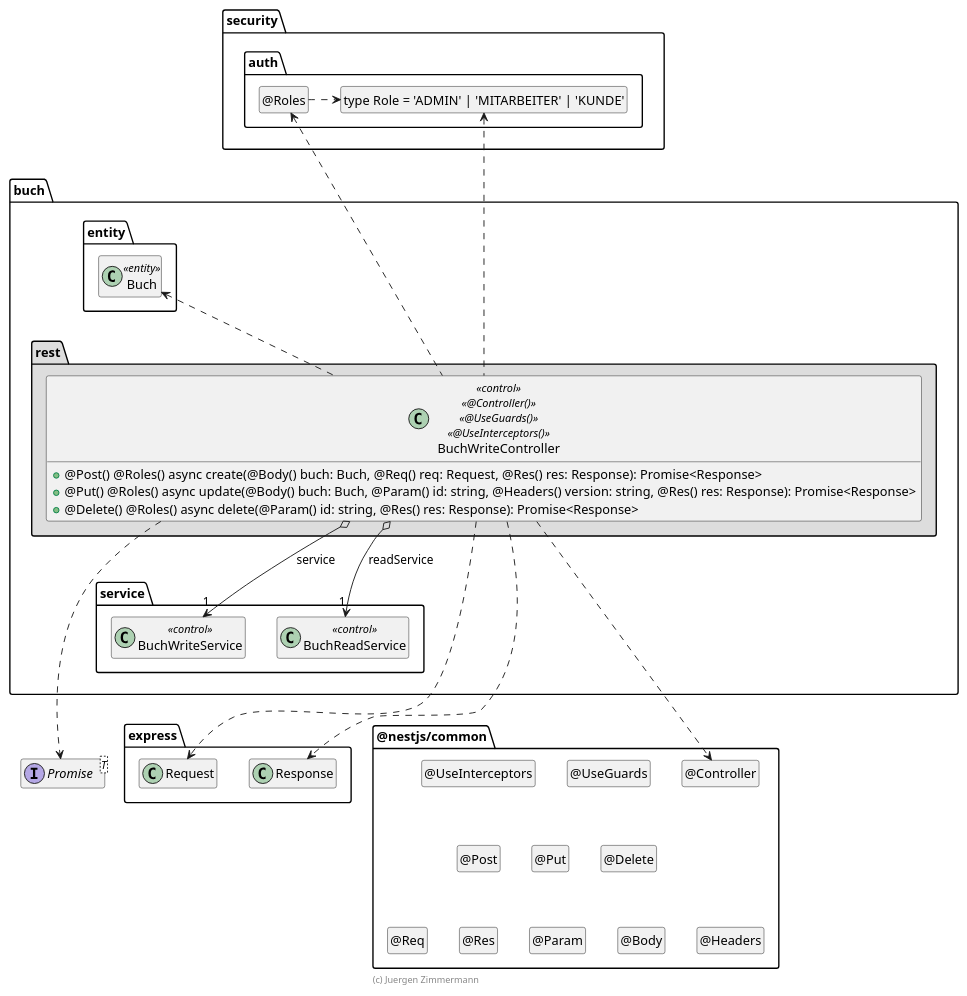
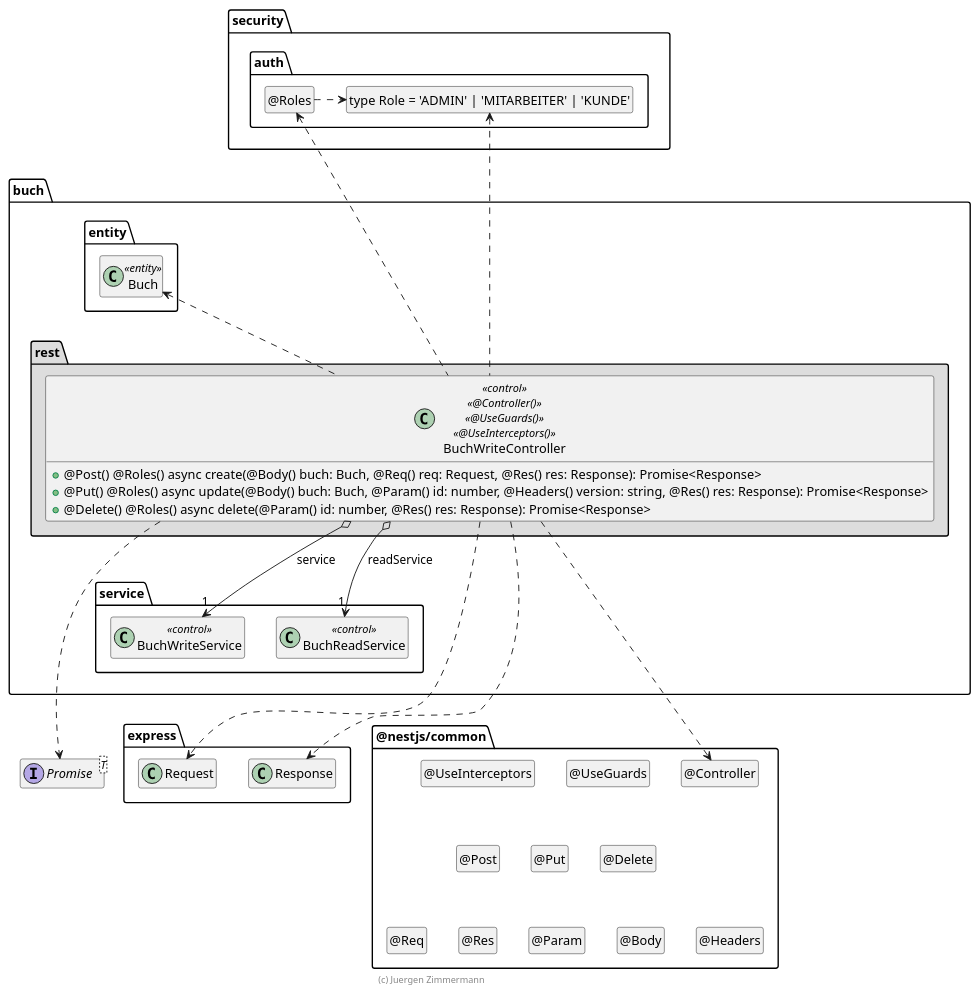
One commit to danielptv/buch changed the diagram in .extras/doc/entwicklerhandbuch/BuchWriteController.plantuml. Above: the diagram before and after it, drawn with PlantUML. The commit also changed 9 other files, not shown here.

```diff
--- a/.extras/doc/entwicklerhandbuch/BuchWriteController.plantuml
+++ b/.extras/doc/entwicklerhandbuch/BuchWriteController.plantuml
@@ -18,110 +18,110 @@
 @startuml Controller-Klasse
 
 interface Promise<T>
 
 package @nestjs/common {
   class "@Controller" as Controller
   hide Controller circle
 
   class "@UseGuards" as UseGuards
   hide UseGuards circle
 
   class "@UseInterceptors" as UseInterceptors
   hide UseInterceptors circle
 
   class "@Post" as Post
   hide Post circle
 
   class "@Put" as Put
   hide Put circle
 
   class "@Delete" as Delete
   hide Delete circle
 
   class "@Req" as Req
   hide Req circle
 
   class "@Res" as Res
   hide Res circle
 
   class "@Param" as Param
   hide Param circle
 
   class "@Body" as Body
   hide Body circle
 
   class "@Headers" as Headers
   hide Headers circle
 
   UseInterceptors .[hidden].> Post
   UseInterceptors .[hidden].> Put
   UseInterceptors .[hidden].> Delete
 
   Post .[hidden].> Req
   Post .[hidden].> Res
   Post .[hidden].> Param
   Post .[hidden].> Body
   Post .[hidden].> Headers
 }
 
 package express {
   class Request
   class Response
 
   Response .right[hidden].> Controller
 }
 
 package security.auth {
   class "type Role = 'ADMIN' | 'MITARBEITER' | 'KUNDE'" as Role
   hide Role circle
 
   class "@Roles" as Roles
   hide Roles circle
 
   Roles .right.> Role
 }
 
 package buch {
   package entity #FFFFFF {
     class Buch <<entity>>
 
     Buch .[hidden].> Promise
     Buch .[hidden].> Request
   }
 
   package service {
     class BuchWriteService << control >>
     class BuchReadService << control >>
   }
 
   package rest #DDDDDD {
     class BuchWriteController << control >> << @Controller() >> << @UseGuards() >> << @UseInterceptors() >> {
       + @Post() @Roles() async create(@Body() buch: Buch, @Req() req: Request,  @Res() res: Response): Promise<Response>
-      + @Put() @Roles() async update(@Body() buch: Buch, @Param() id: string, @Headers() version: string, @Res() res: Response): Promise<Response>
-      + @Delete() @Roles() async delete(@Param() id: string, @Res() res: Response): Promise<Response>
+      + @Put() @Roles() async update(@Body() buch: Buch, @Param() id: number, @Headers() version: string, @Res() res: Response): Promise<Response>
+      + @Delete() @Roles() async delete(@Param() id: number, @Res() res: Response): Promise<Response>
     }
 
     BuchWriteController o--> "1" BuchWriteService : service
     BuchWriteController o--> "1" BuchReadService : readService
     BuchWriteController ..up> Buch
 
     BuchWriteController ..> Controller
 
     BuchWriteController .up.> Roles
     BuchWriteController .up.> Role
 
     BuchWriteController ..> Request
     BuchWriteController ..> Response
     BuchWriteController ..> Promise
 
     Buch .up[hidden].> Roles
     BuchWriteService .[hidden].> Request
     BuchWriteService .[hidden].> Promise
   }
 }
 
 hide empty members
 
 footer (c) Juergen Zimmermann
 
 @enduml
```
